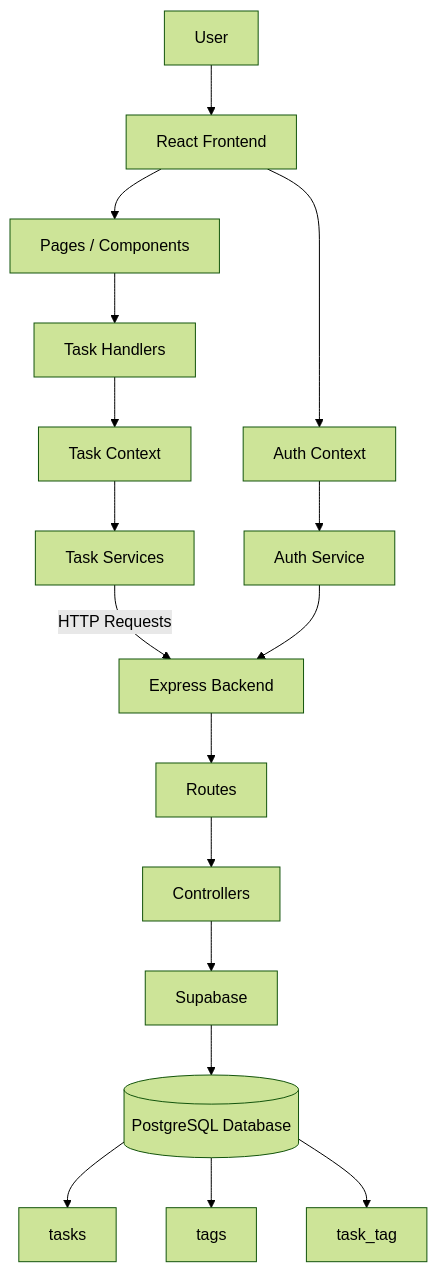
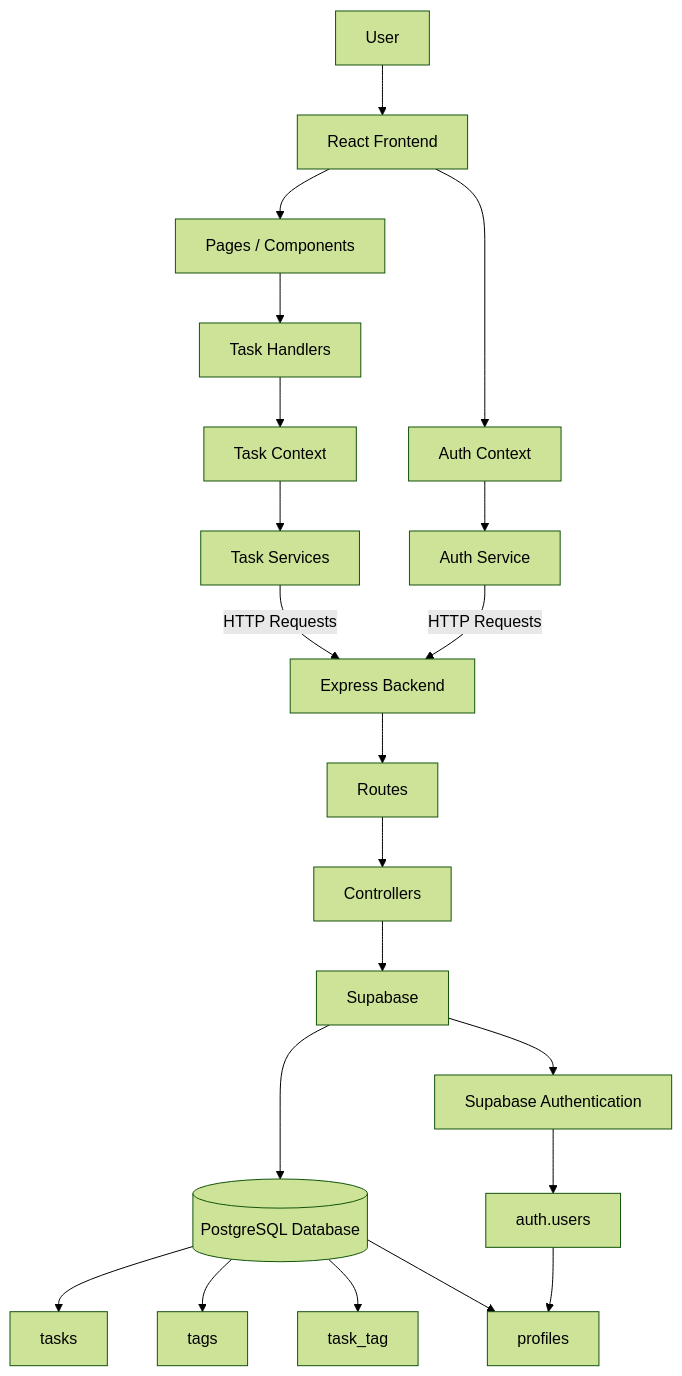
Before and after one commit to cjtarre/cmsc128-Lab1_CRUD_Sumergido-Tarre: the diagram in README.md, drawn with Mermaid (forest theme). The commit also changed other lines of this file and 1 other file, not shown here.

````diff
--- a/README.md
+++ b/README.md
@@ -91,26 +102,37 @@
 ```mermaid
 flowchart TD
     A[User] --> B[React Frontend]
 
+    %% Task flow
     B --> C[Pages / Components]
     C --> D[Task Handlers]
-
     D --> E[Task Context]
     E --> F[Task Services]
 
-    F -->|HTTP Requests| G[Express Backend]
+    %% Authentication flow
+    B --> G[Auth Context]
+    G --> H[Auth Service]
 
-    G --> H[Routes]
-    H --> I[Controllers]
+    %% Backend
+    F -->|HTTP Requests| I[Express Backend]
+    H -->|HTTP Requests| I
 
-    I --> J[Supabase]
-    J --> K[(PostgreSQL Database)]
+    I --> J[Routes]
+    J --> K[Controllers]
 
-    B --> L[Auth Context] 
-    L --> M[Auth Service] 
-    M --> G
+    %% Supabase services
+    K --> L[Supabase]
 
-    K --> N[tasks] 
-    K --> O[tags] 
-    K --> P[task_tag]
+    L --> M[(PostgreSQL Database)]
+    L --> N[Supabase Authentication]
+
+    %% Application data
+    M --> O[tasks]
+    M --> P[tags]
+    M --> Q[task_tag]
+    M --> R[profiles]
+
+    %% Auth identity
+    N --> S[auth.users]
+    S --> R
 ```
````
